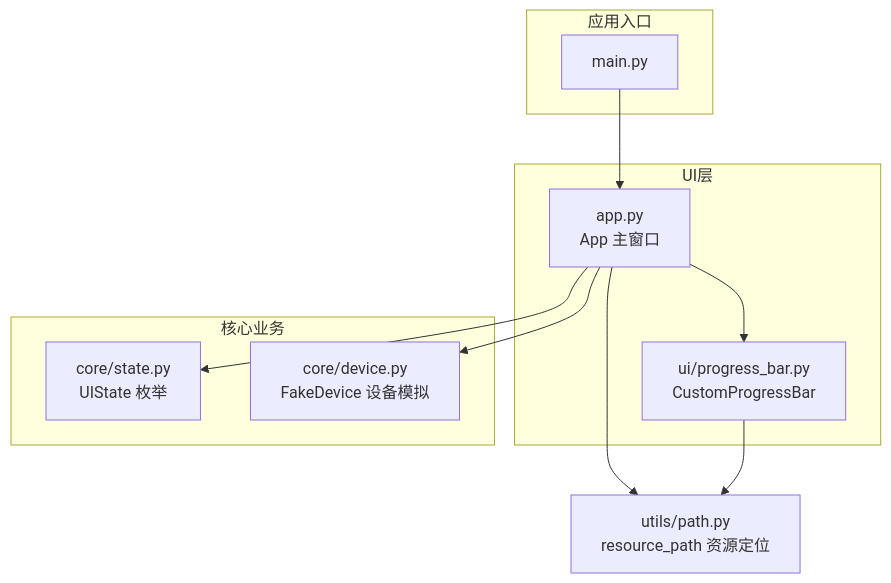
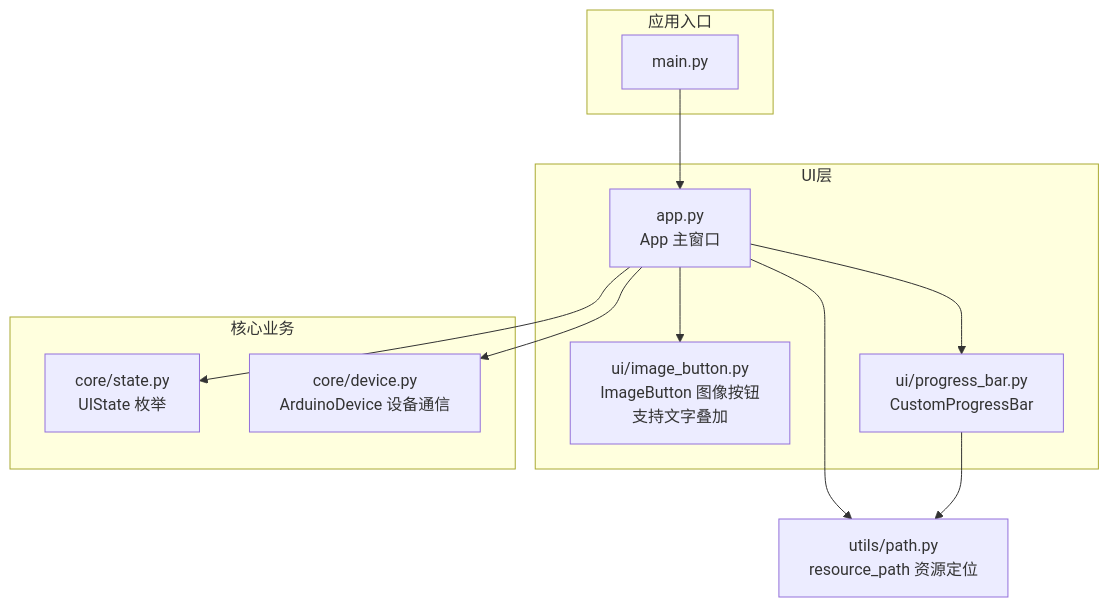
One commit to Hankun-P/wireless-keyboard-toy changed the first of 8 diagrams in .qoder/repowiki/zh/content/桌面应用架构/用户界面组件.md. Above: the diagram before and after it, drawn with Mermaid. The commit also changed other lines of this file and 10 other files, not shown here.

````diff
--- a/.qoder/repowiki/zh/content/桌面应用架构/用户界面组件.md
+++ b/.qoder/repowiki/zh/content/桌面应用架构/用户界面组件.md
@@ -36,21 +50,23 @@
 ```mermaid
 graph TB
 subgraph "应用入口"
 M["main.py"]
 end
 subgraph "UI层"
 A["app.py<br/>App 主窗口"]
+IB["ui/image_button.py<br/>ImageButton 图像按钮<br/>支持文字叠加"]
 P["ui/progress_bar.py<br/>CustomProgressBar"]
 end
 subgraph "核心业务"
 S["core/state.py<br/>UIState 枚举"]
-D["core/device.py<br/>FakeDevice 设备模拟"]
+D["core/device.py<br/>ArduinoDevice 设备通信"]
 end
 U["utils/path.py<br/>resource_path 资源定位"]
 M --> A
+A --> IB
 A --> P
 A --> S
 A --> D
 A --> U
 P --> U
 ```
````
